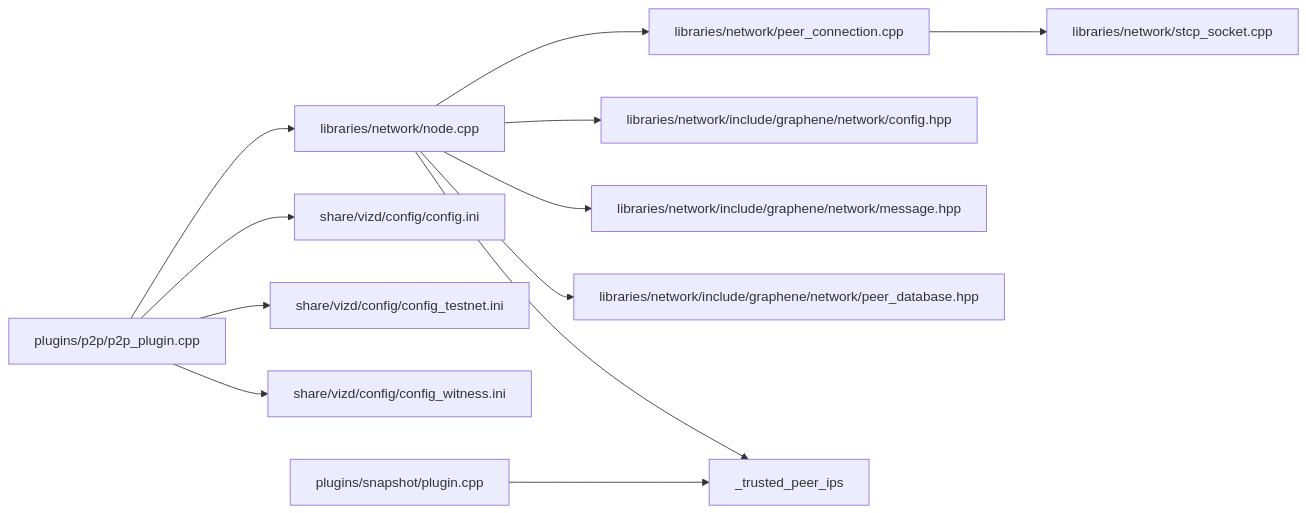
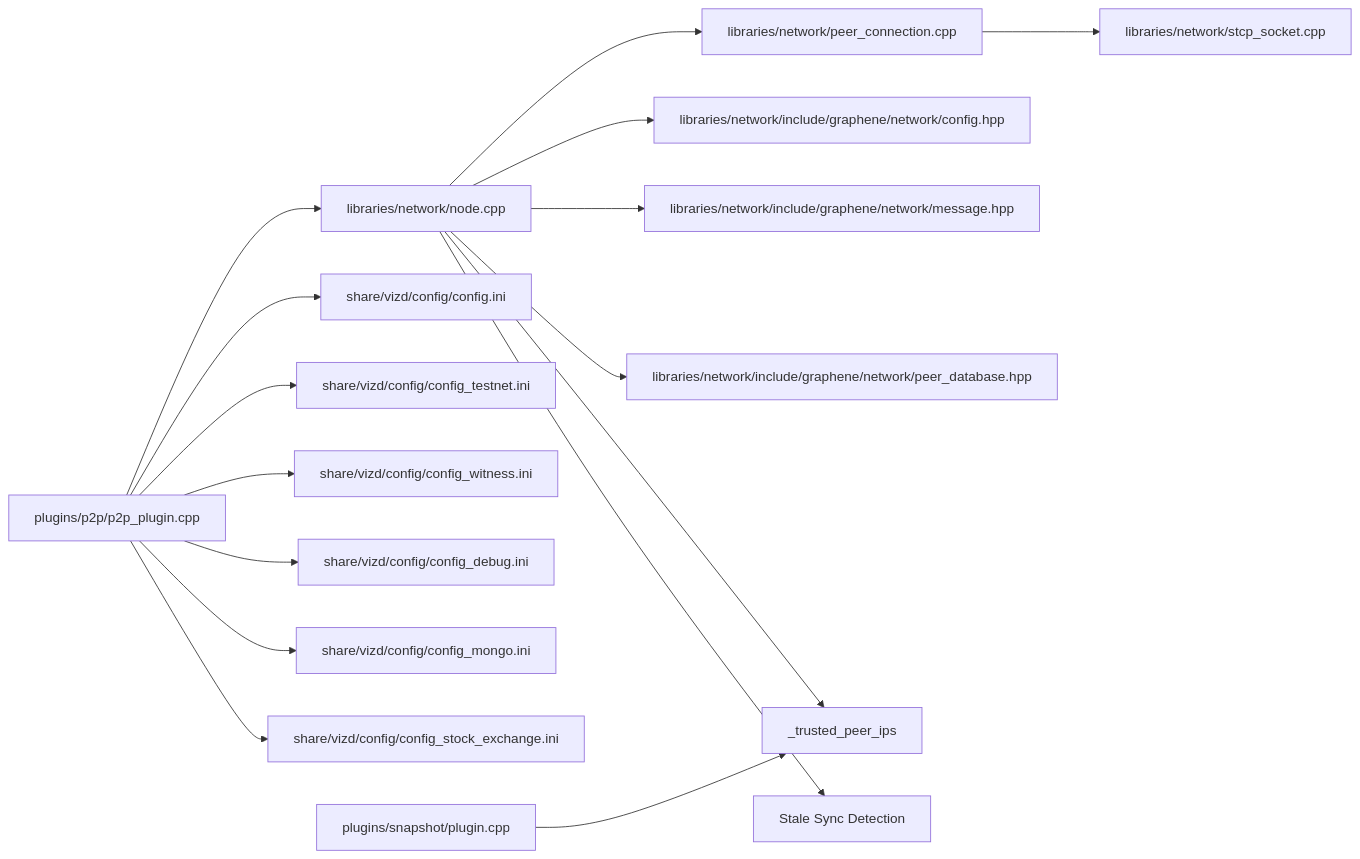
One commit to VIZ-Blockchain/viz-cpp-node changed the ninth of 9 diagrams in .qoder/repowiki/en/content/Configuration Management/Network Configuration.md. Above: the diagram before and after it, drawn with Mermaid. The commit also changed other lines of this file and 3 other files, not shown here.

````diff
--- a/.qoder/repowiki/en/content/Configuration Management/Network Configuration.md
+++ b/.qoder/repowiki/en/content/Configuration Management/Network Configuration.md
@@ -464,14 +549,18 @@
 ```mermaid
 graph LR
 P2P["plugins/p2p/p2p_plugin.cpp"] --> N["libraries/network/node.cpp"]
 N --> PC["libraries/network/peer_connection.cpp"]
 PC --> STCP["libraries/network/stcp_socket.cpp"]
 N --> CFG["libraries/network/include/graphene/network/config.hpp"]
 N --> MSG["libraries/network/include/graphene/network/message.hpp"]
 N --> PDB["libraries/network/include/graphene/network/peer_database.hpp"]
 P2P --> C1["share/vizd/config/config.ini"]
 P2P --> C2["share/vizd/config/config_testnet.ini"]
 P2P --> C3["share/vizd/config/config_witness.ini"]
+P2P --> C4["share/vizd/config/config_debug.ini"]
+P2P --> C5["share/vizd/config/config_mongo.ini"]
+P2P --> C6["share/vizd/config/config_stock_exchange.ini"]
 Snapshot["plugins/snapshot/plugin.cpp"] --> TrustedPeers["_trusted_peer_ips"]
 N --> TrustedPeers
+N --> StaleSync["Stale Sync Detection"]
 ```
````
